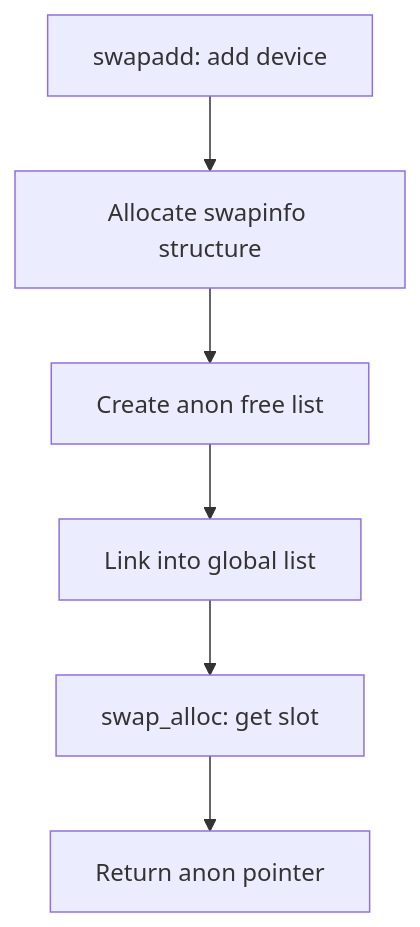
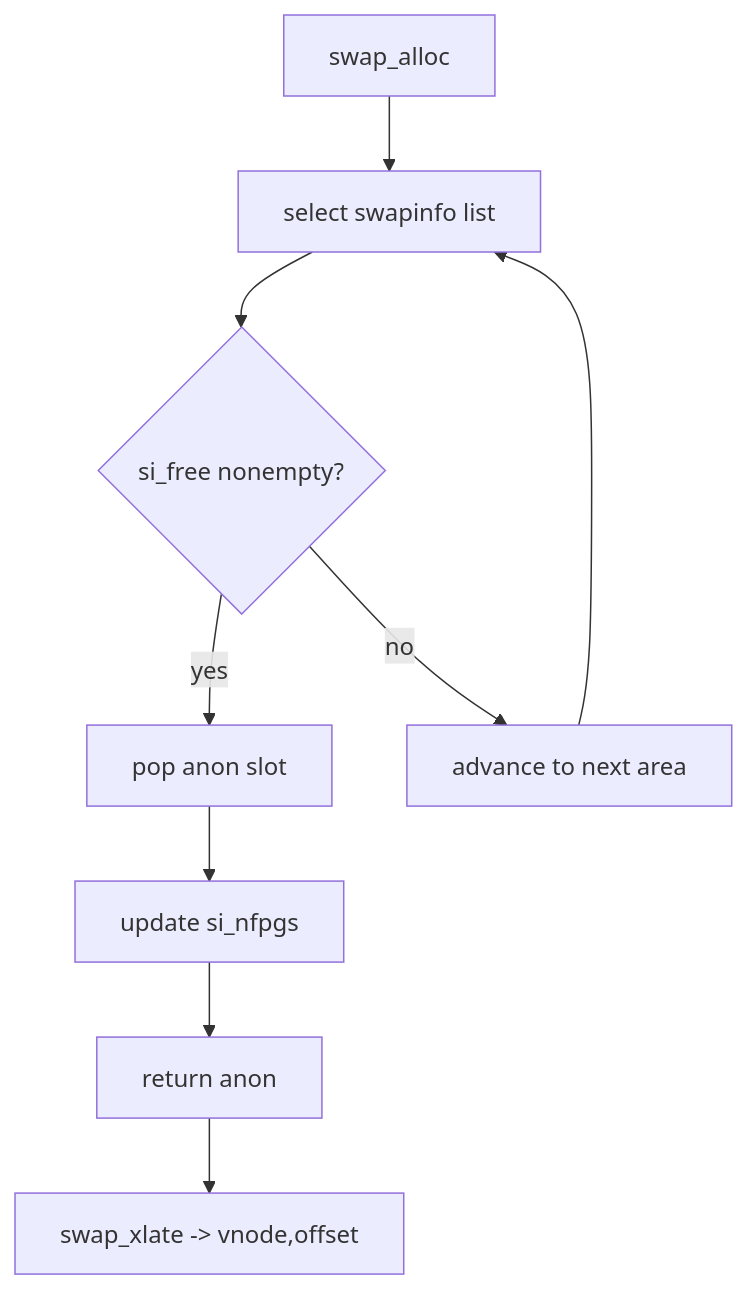
One commit to macsplit/unix_doc changed the diagram in diagrams/2.9-swap-management.mmd. Above: the diagram before and after it, drawn with Mermaid. The commit also changed 105 other files, not shown here.

Commit message:
added new charts and fleshed out remaining chapters

```diff
--- a/diagrams/2.9-swap-management.mmd
+++ b/diagrams/2.9-swap-management.mmd
@@ -1,6 +1,9 @@
 graph TD
-    A[swapadd: add device] --> B[Allocate swapinfo structure]
-    B --> C[Create anon free list]
-    C --> D[Link into global list]
-    D --> E[swap_alloc: get slot]
-    E --> F[Return anon pointer]
+    A[swap_alloc] --> B[select swapinfo list]
+    B --> C{si_free nonempty?}
+    C -->|yes| D[pop anon slot]
+    C -->|no| E[advance to next area]
+    D --> F[update si_nfpgs]
+    F --> G[return anon]
+    E --> B
+    G --> H[swap_xlate -> vnode,offset]
```
